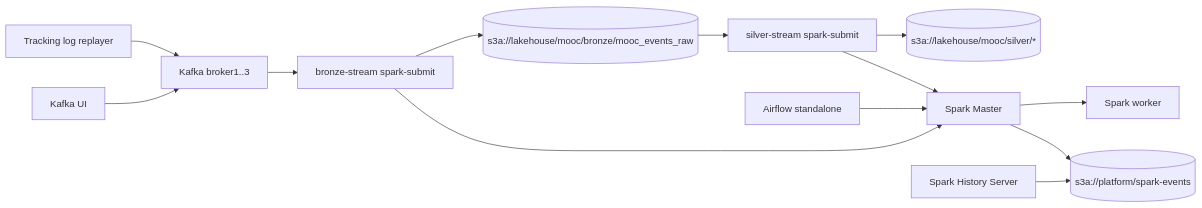
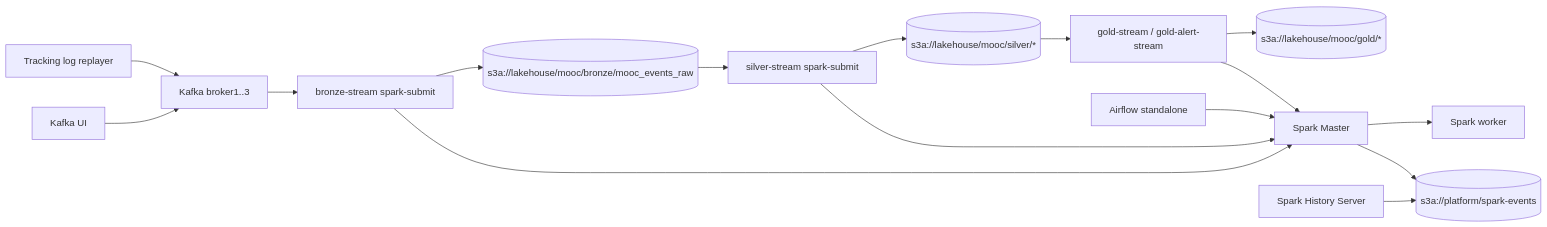
The diagram in source/docs/runbook.md (Cuong102904/LogAnalysisETL), drawn with Mermaid before and after one commit. The commit also changed other lines of this file and 72 other files, not shown here.

Commit message:
update save field time from input event to gold and silver, add logic handle anomaly detection (need to check again)

````diff
--- a/source/docs/runbook.md
+++ b/source/docs/runbook.md
@@ -5,15 +5,18 @@
 ```mermaid
 flowchart LR
   producer[Tracking log replayer] --> kafka[Kafka broker1..3]
   kafka --> bronze[bronze-stream spark-submit]
   bronze --> bronzeDelta[(s3a://lakehouse/mooc/bronze/mooc_events_raw)]
   bronzeDelta --> silver[silver-stream spark-submit]
   silver --> silverDelta[(s3a://lakehouse/mooc/silver/*)]
+  silverDelta --> gold[gold-stream / gold-alert-stream]
+  gold --> goldDelta[(s3a://lakehouse/mooc/gold/*)]
   sparkMaster[Spark Master] --> workers[Spark worker]
   bronze --> sparkMaster
   silver --> sparkMaster
+  gold --> sparkMaster
   airflow[Airflow standalone] --> sparkMaster
   sparkMaster --> events[(s3a://platform/spark-events)]
   history[Spark History Server] --> events
   ui[Kafka UI] --> kafka
 ```
````
